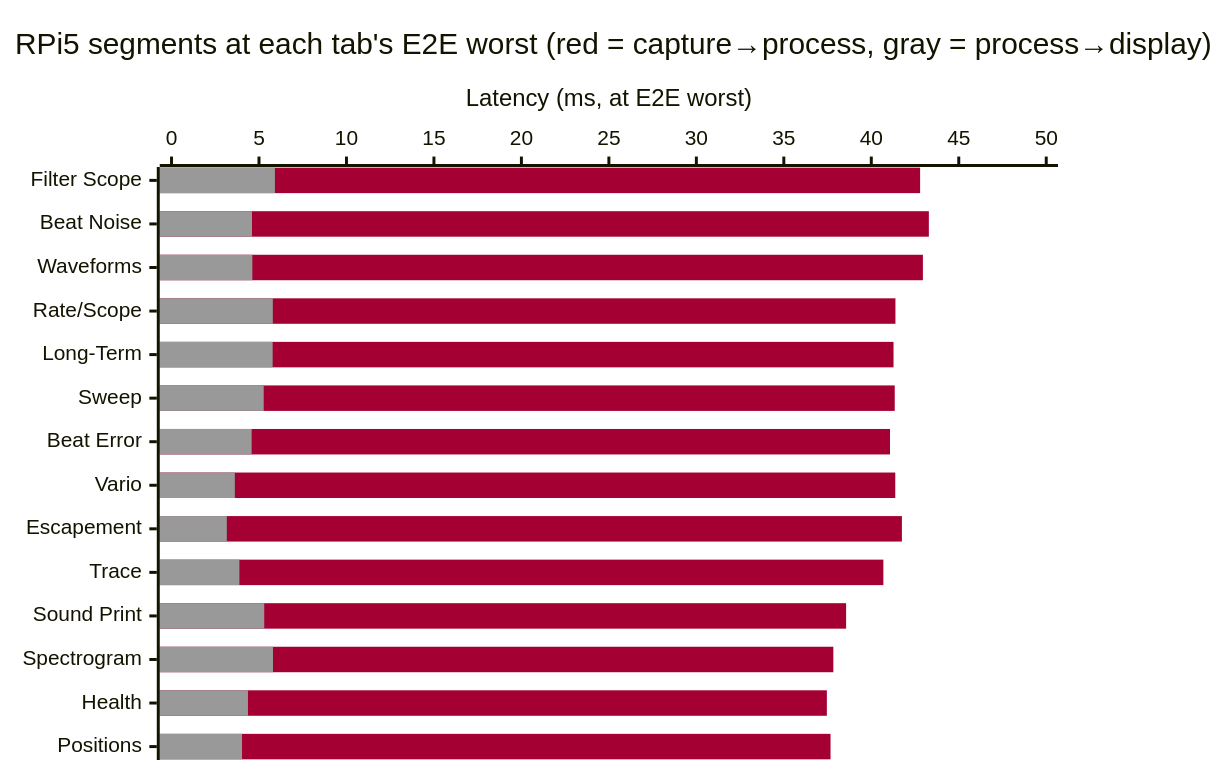
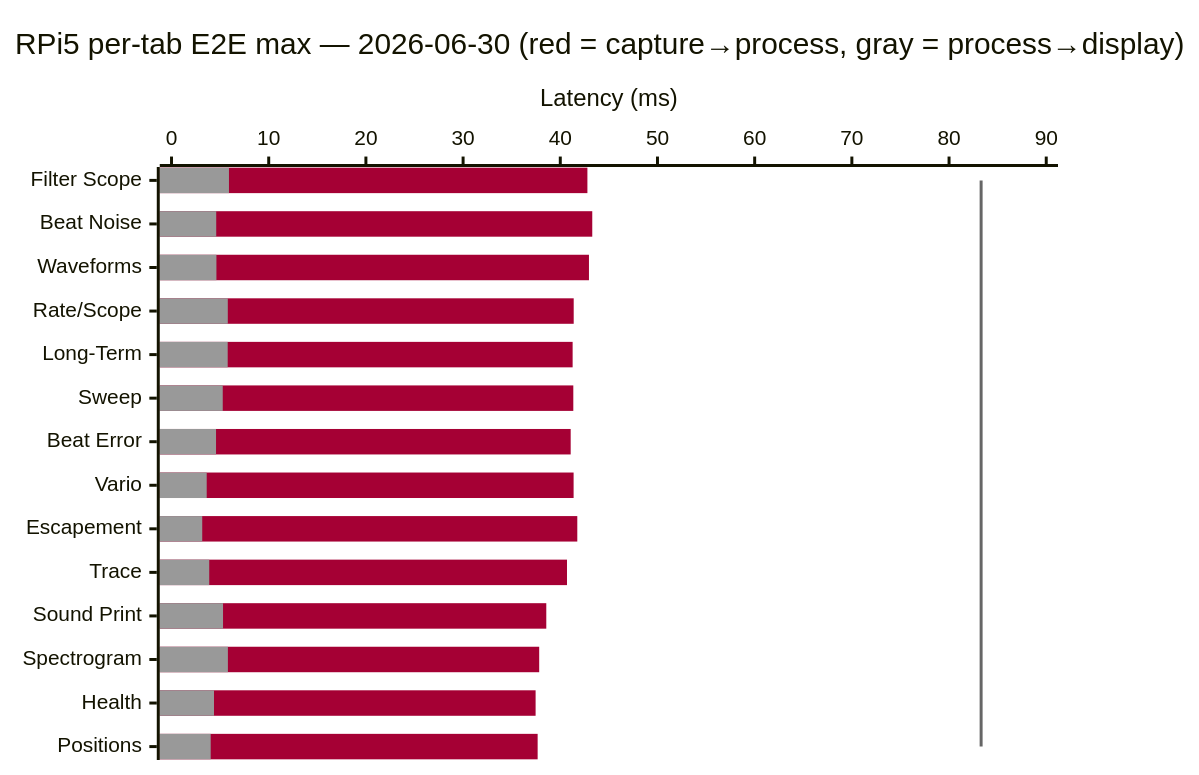
The fourth of 6 diagrams in Milestone/en/4-Planned-Experiments.md (lgcmu2026-team5/TimeGrapher-Docs), drawn with Mermaid before and after one commit. The commit also changed other lines of this file and 1 other file, not shown here.

Commit message:
docs: split EXP-03 June 30 E2E chart

````diff
--- a/Milestone/en/4-Planned-Experiments.md
+++ b/Milestone/en/4-Planned-Experiments.md
@@ -201,9 +188,10 @@
 ```mermaid
-%%{init: {"themeVariables": {"xyChart": {"plotColorPalette": "#A50034, #999999"}}}}%%
+%%{init: {"themeVariables": {"xyChart": {"plotColorPalette": "#A50034, #999999, #666666"}}}}%%
 xychart-beta horizontal
-    title "RPi5 segments at each tab's E2E worst (red = capture→process, gray = process→display)"
+    title "RPi5 per-tab E2E max — 2026-06-30 (red = capture→process, gray = process→display)"
     x-axis ["Filter Scope", "Beat Noise", "Waveforms", "Rate/Scope", "Long-Term", "Sweep", "Beat Error", "Vario", "Escapement", "Trace", "Sound Print", "Spectrogram", "Health", "Positions"]
-    y-axis "Latency (ms, at E2E worst)" 0 --> 50
+    y-axis "Latency (ms)" 0 --> 90
     bar [42.79, 43.29, 42.95, 41.38, 41.27, 41.34, 41.07, 41.37, 41.75, 40.69, 38.56, 37.83, 37.46, 37.67]
     bar [5.91, 4.60, 4.62, 5.79, 5.78, 5.27, 4.58, 3.62, 3.16, 3.88, 5.30, 5.80, 4.37, 4.03]
+    line [83.3, 83.3, 83.3, 83.3, 83.3, 83.3, 83.3, 83.3, 83.3, 83.3, 83.3, 83.3, 83.3, 83.3]
 ```
````
